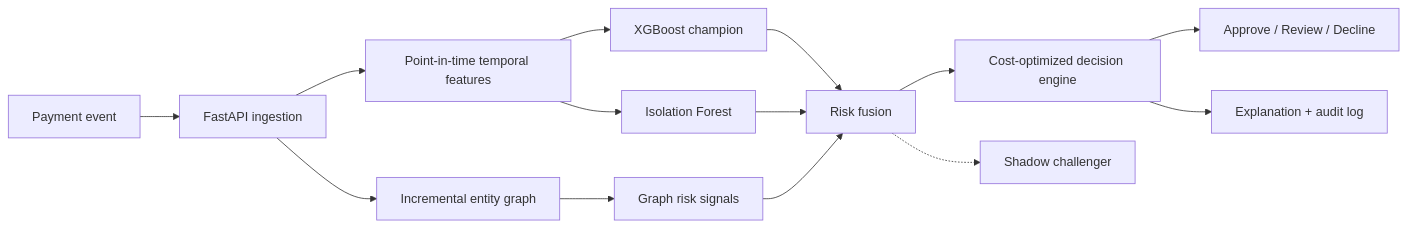
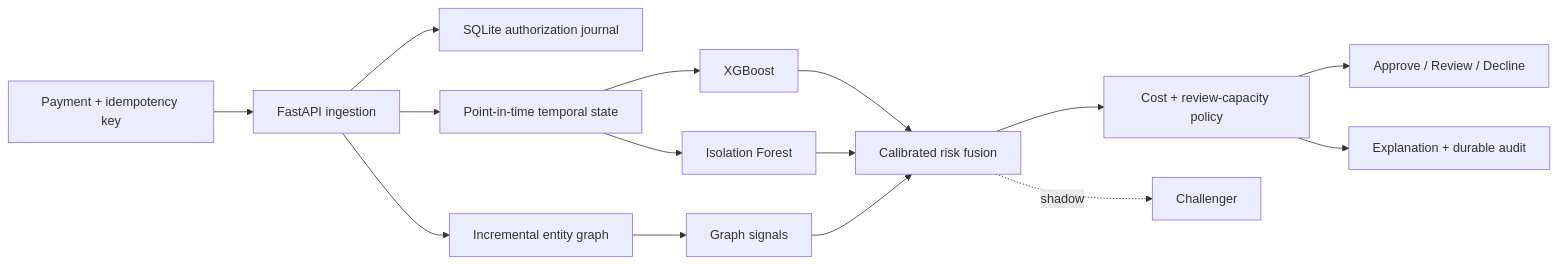
The diagram in README.md (sfeirc/FRAUD-DECISION-ENGINE), drawn with Mermaid before and after one commit. The commit also changed other lines of this file and 7 other files, not shown here.

````diff
--- a/README.md
+++ b/README.md
@@ -30,16 +33,17 @@
 ```mermaid
 flowchart LR
-    P["Payment event"] --> I["FastAPI ingestion"]
-    I --> F["Point-in-time temporal features"]
+    P["Payment + idempotency key"] --> I["FastAPI ingestion"]
+    I --> J["SQLite authorization journal"]
+    I --> F["Point-in-time temporal state"]
     I --> G["Incremental entity graph"]
-    F --> X["XGBoost champion"]
+    F --> X["XGBoost"]
     F --> A["Isolation Forest"]
-    G --> R["Graph risk signals"]
-    X --> U["Risk fusion"]
+    G --> R["Graph signals"]
+    X --> U["Calibrated risk fusion"]
     A --> U
     R --> U
-    U --> D["Cost-optimized decision engine"]
+    U --> D["Cost + review-capacity policy"]
     D --> O["Approve / Review / Decline"]
-    D --> L["Explanation + audit log"]
-    U -.-> S["Shadow challenger"]
+    D --> E["Explanation + durable audit"]
+    U -. shadow .-> S["Challenger"]
 ```
````
